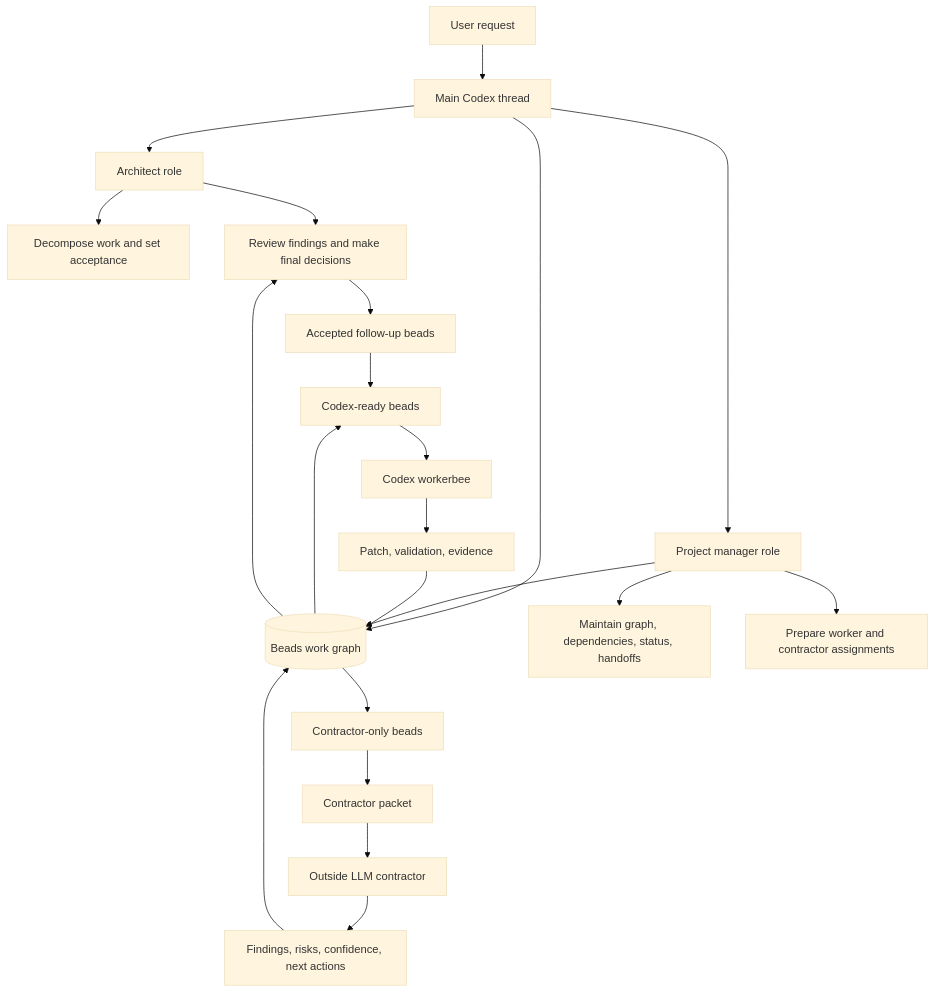
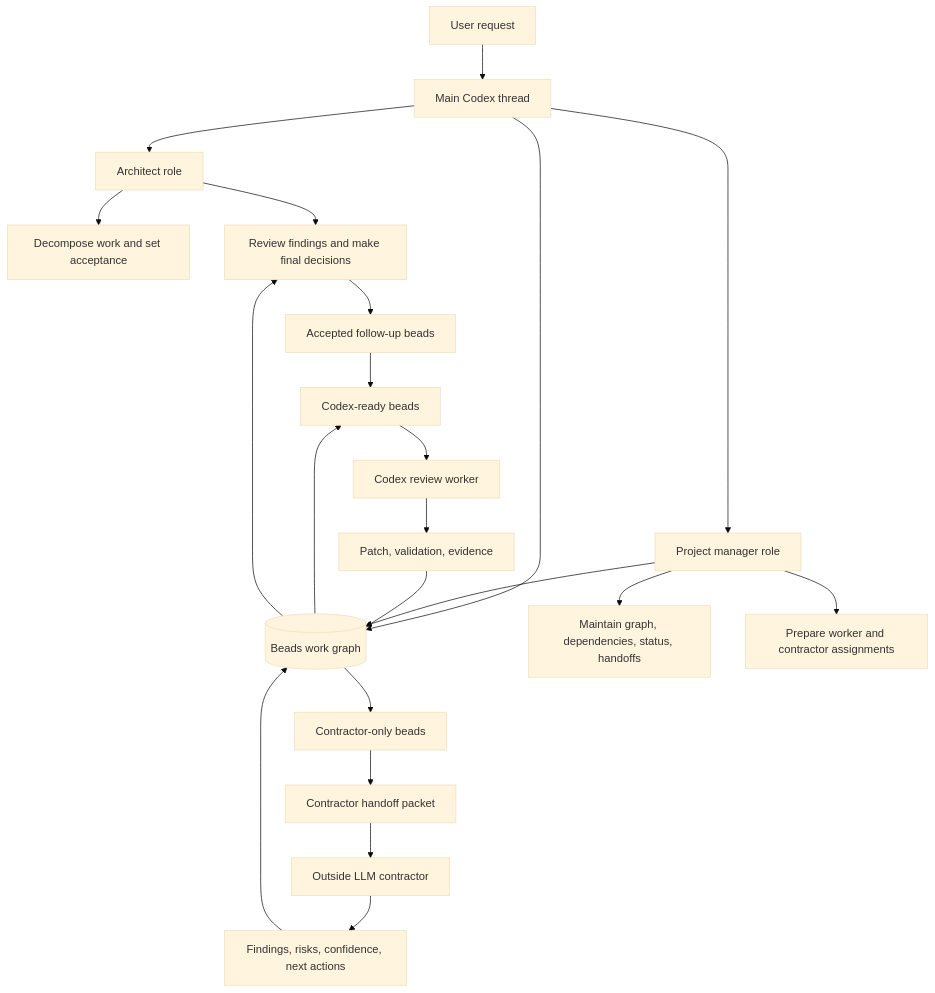
Before and after one commit to gprocunier/complex-work-orchestration: the first of 7 diagrams in README.md, drawn with Mermaid (base theme). The commit also changed other lines of this file and 21 other files, not shown here.

````diff
--- a/README.md
+++ b/README.md
@@ -194,30 +200,30 @@
 ```mermaid
 flowchart TD
     User[User request] --> Main[Main Codex thread]
     Main --> Architect[Architect role]
     Main --> PM[Project manager role]
     Main --> Beads[(Beads work graph)]
 
     Architect --> Frame[Decompose work and set acceptance]
     Architect --> Review[Review findings and make final decisions]
 
     PM --> Hygiene[Maintain graph, dependencies, status, handoffs]
     PM --> Dispatch[Prepare worker and contractor assignments]
     PM --> Beads
 
     Beads --> WorkerReady[Codex-ready beads]
     Beads --> ContractorReady[Contractor-only beads]
 
-    WorkerReady --> Workerbee[Codex workerbee]
+    WorkerReady --> Workerbee[Codex review worker]
     Workerbee --> Evidence[Patch, validation, evidence]
     Evidence --> Beads
 
-    ContractorReady --> Packet[Contractor packet]
+    ContractorReady --> Packet[Contractor handoff packet]
     Packet --> Outside[Outside LLM contractor]
     Outside --> Findings[Findings, risks, confidence, next actions]
     Findings --> Beads
 
     Beads --> Review
     Review --> Followup[Accepted follow-up beads]
     Followup --> WorkerReady
 ```
````
